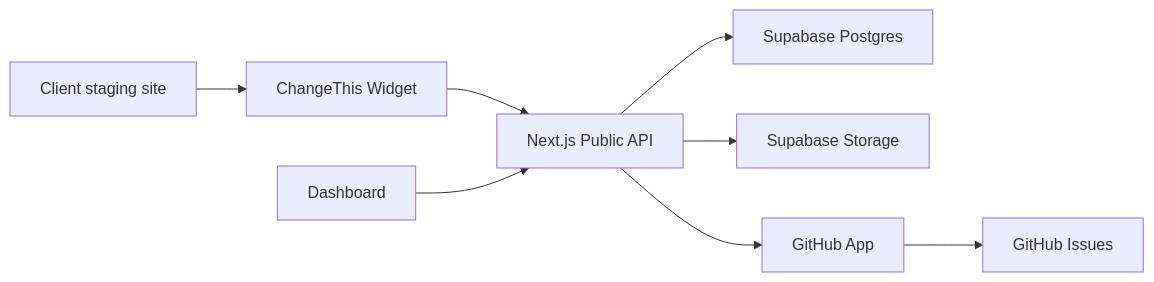
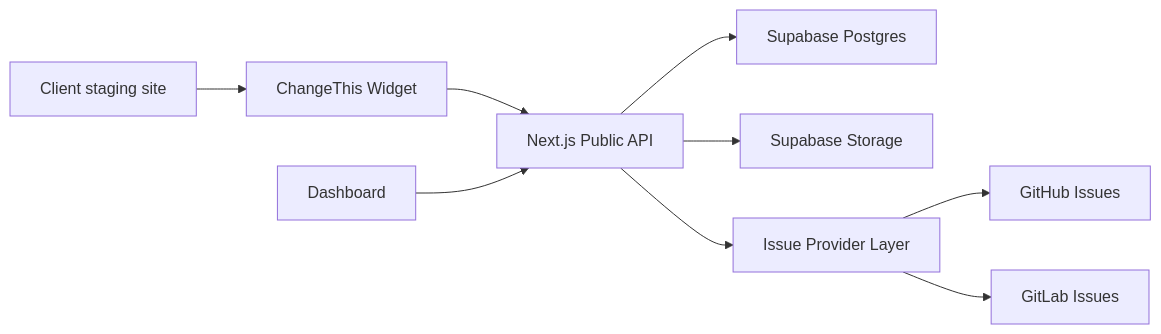
The diagram in docs/architecture.md (MLyte/ChangeThis), drawn with Mermaid before and after one commit. The commit also changed other lines of this file and 17 other files, not shown here.

Commit message:
Add provider-neutral issue groundwork

````diff
--- a/docs/architecture.md
+++ b/docs/architecture.md
@@ -14,10 +14,11 @@
 ```mermaid
 flowchart LR
   Site["Client staging site"] --> Widget["ChangeThis Widget"]
   Widget --> Api["Next.js Public API"]
   Api --> Db["Supabase Postgres"]
   Api --> Storage["Supabase Storage"]
-  Api --> GitHub["GitHub App"]
-  GitHub --> Issues["GitHub Issues"]
+  Api --> Providers["Issue Provider Layer"]
+  Providers --> GitHub["GitHub Issues"]
+  Providers --> GitLab["GitLab Issues"]
   Dashboard["Dashboard"] --> Api
 ```
````
